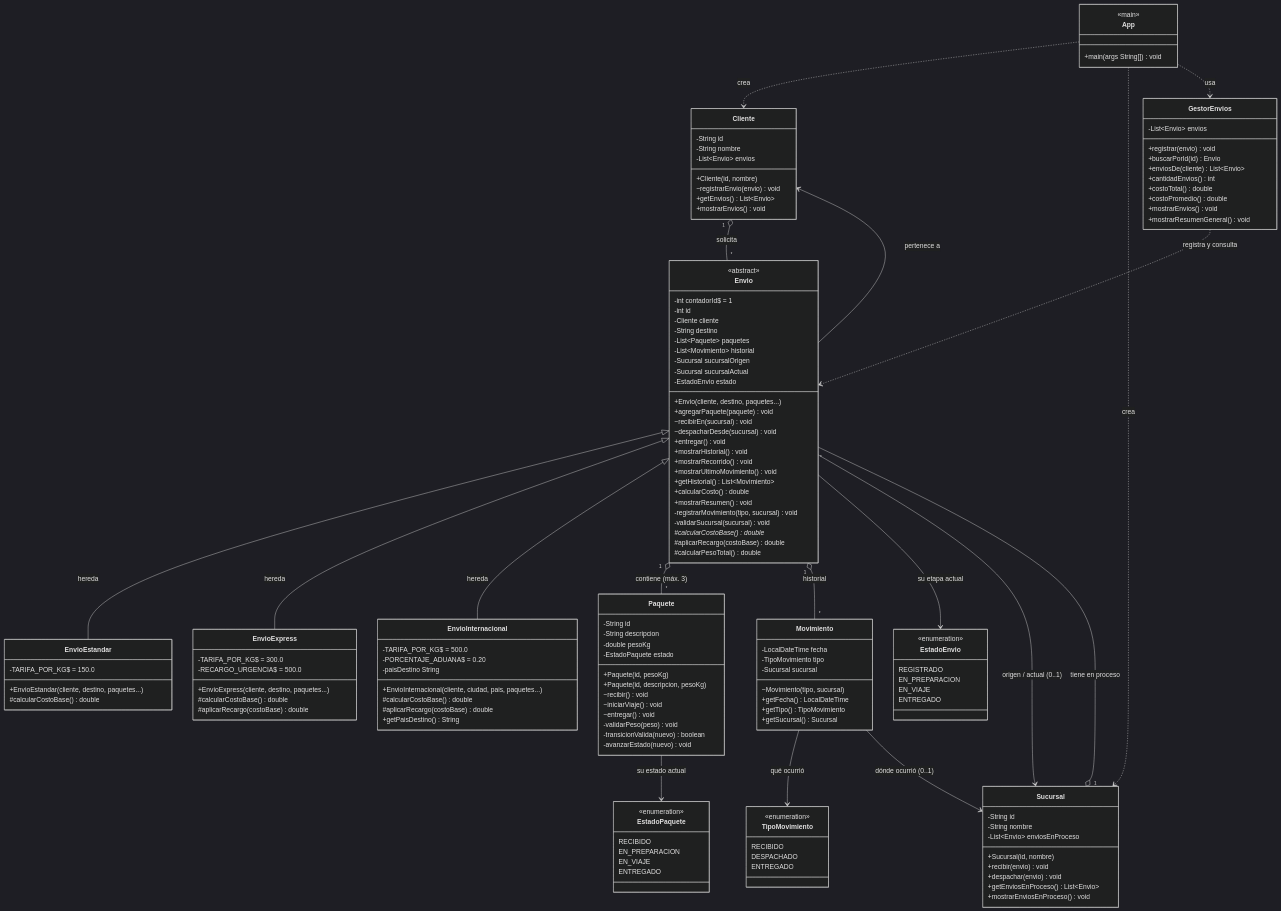
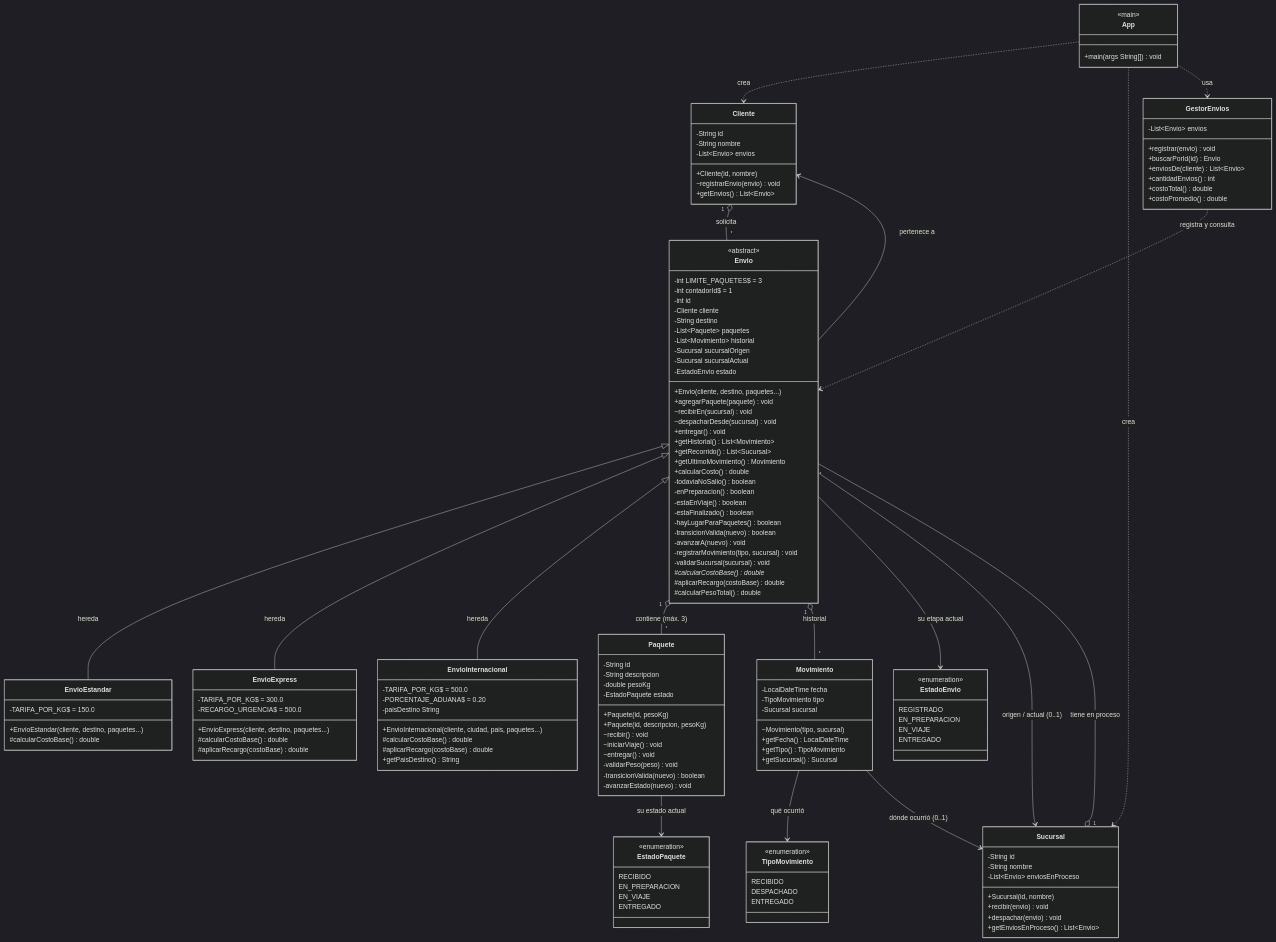
Before and after one commit to Dunahanart/TP2DesarrolloDeSoftware: the diagram in diagrama-de-clases.md, drawn with Mermaid (dark theme). The commit also changed other lines of this file and 15 other files, not shown here.

```diff
--- a/diagrama-de-clases.md
+++ b/diagrama-de-clases.md
@@ -52,7 +52,6 @@
         +Cliente(id, nombre)
         ~registrarEnvio(envio) void
         +getEnvios() List~Envio~
-        +mostrarEnvios() void
     }
 
     class Sucursal {
@@ -63,7 +62,6 @@
         +recibir(envio) void
         +despachar(envio) void
         +getEnviosEnProceso() List~Envio~
-        +mostrarEnviosEnProceso() void
     }
 
     class Movimiento {
@@ -78,6 +76,7 @@
 
     class Envio {
         <<abstract>>
+        -int LIMITE_PAQUETES$ = 3
         -int contadorId$ = 1
         -int id
         -Cliente cliente
@@ -92,12 +91,17 @@
         ~recibirEn(sucursal) void
         ~despacharDesde(sucursal) void
         +entregar() void
-        +mostrarHistorial() void
-        +mostrarRecorrido() void
-        +mostrarUltimoMovimiento() void
         +getHistorial() List~Movimiento~
+        +getRecorrido() List~Sucursal~
+        +getUltimoMovimiento() Movimiento
         +calcularCosto() double
-        +mostrarResumen() void
+        -todaviaNoSalio() boolean
+        -enPreparacion() boolean
+        -estaEnViaje() boolean
+        -estaFinalizado() boolean
+        -hayLugarParaPaquetes() boolean
+        -transicionValida(nuevo) boolean
+        -avanzarA(nuevo) void
         -registrarMovimiento(tipo, sucursal) void
         -validarSucursal(sucursal) void
         #calcularCostoBase() double*
@@ -113,8 +117,6 @@
         +cantidadEnvios() int
         +costoTotal() double
         +costoPromedio() double
-        +mostrarEnvios() void
-        +mostrarResumenGeneral() void
     }
 
     class EnvioEstandar {
```
